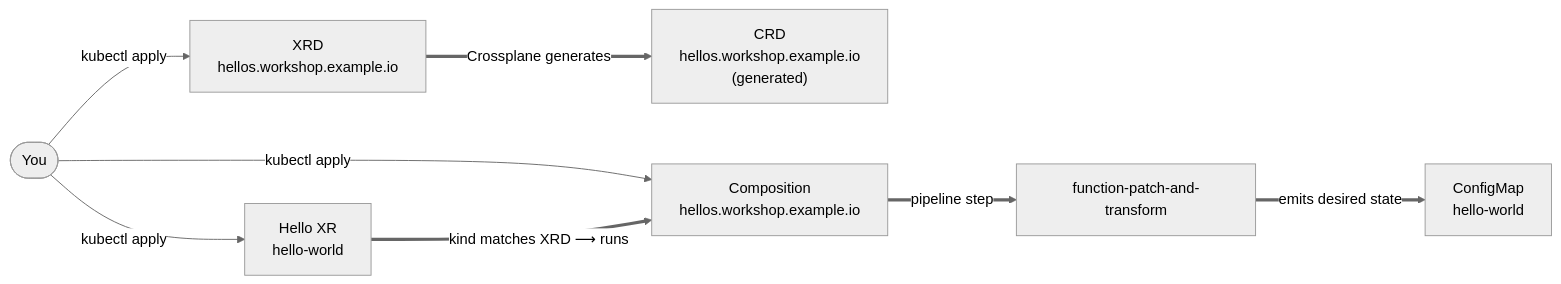
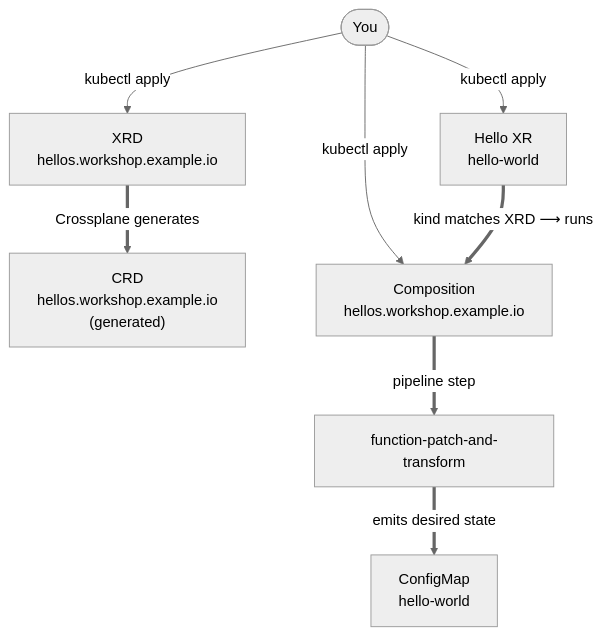
The diagram in docs/docs/04-crossplane-101/02-first-composition.mdx (ricCap/crossplane-workshop), drawn with Mermaid (neutral theme) before and after one commit. The commit also changed 2 other files, not shown here.

Commit message:
docs(101): switch mermaid diagrams to vertical (flowchart TB)
Horizontal `flowchart LR` cramped text into a narrow band on most viewports
and read small. Switched modules 02 and 05 from `LR` to `TB`, and module
03's inner subgraph from `direction LR` to `direction TB`, so the
diagrams now use the column width and read at full size.

````diff
--- a/docs/docs/04-crossplane-101/02-first-composition.mdx
+++ b/docs/docs/04-crossplane-101/02-first-composition.mdx
@@ -37,18 +37,18 @@
 ```mermaid
-flowchart LR
+flowchart TB
   user(["You"])
   xrd["XRD<br/>hellos.workshop.example.io"]
   crd["CRD<br/>hellos.workshop.example.io<br/>(generated)"]
   comp["Composition<br/>hellos.workshop.example.io"]
   fn["function-patch-and-transform"]
   xr["Hello XR<br/>hello-world"]
   cm["ConfigMap<br/>hello-world"]
 
   user -- "kubectl apply" --> xrd
   xrd == "Crossplane generates" ==> crd
   user -- "kubectl apply" --> comp
   user -- "kubectl apply" --> xr
   xr == "kind matches XRD ⟶ runs" ==> comp
   comp == "pipeline step" ==> fn
   fn == "emits desired state" ==> cm
 ```
````
